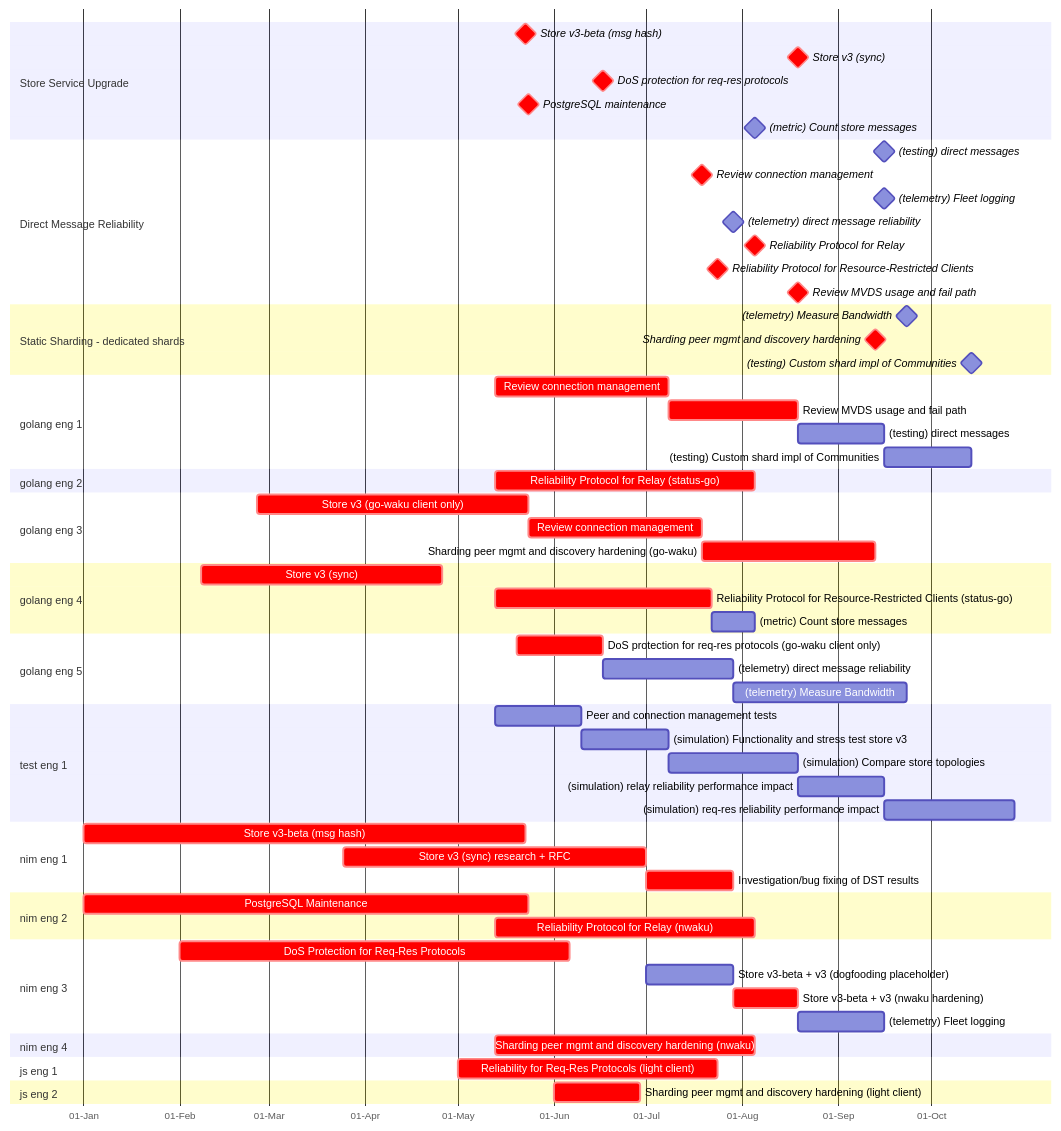
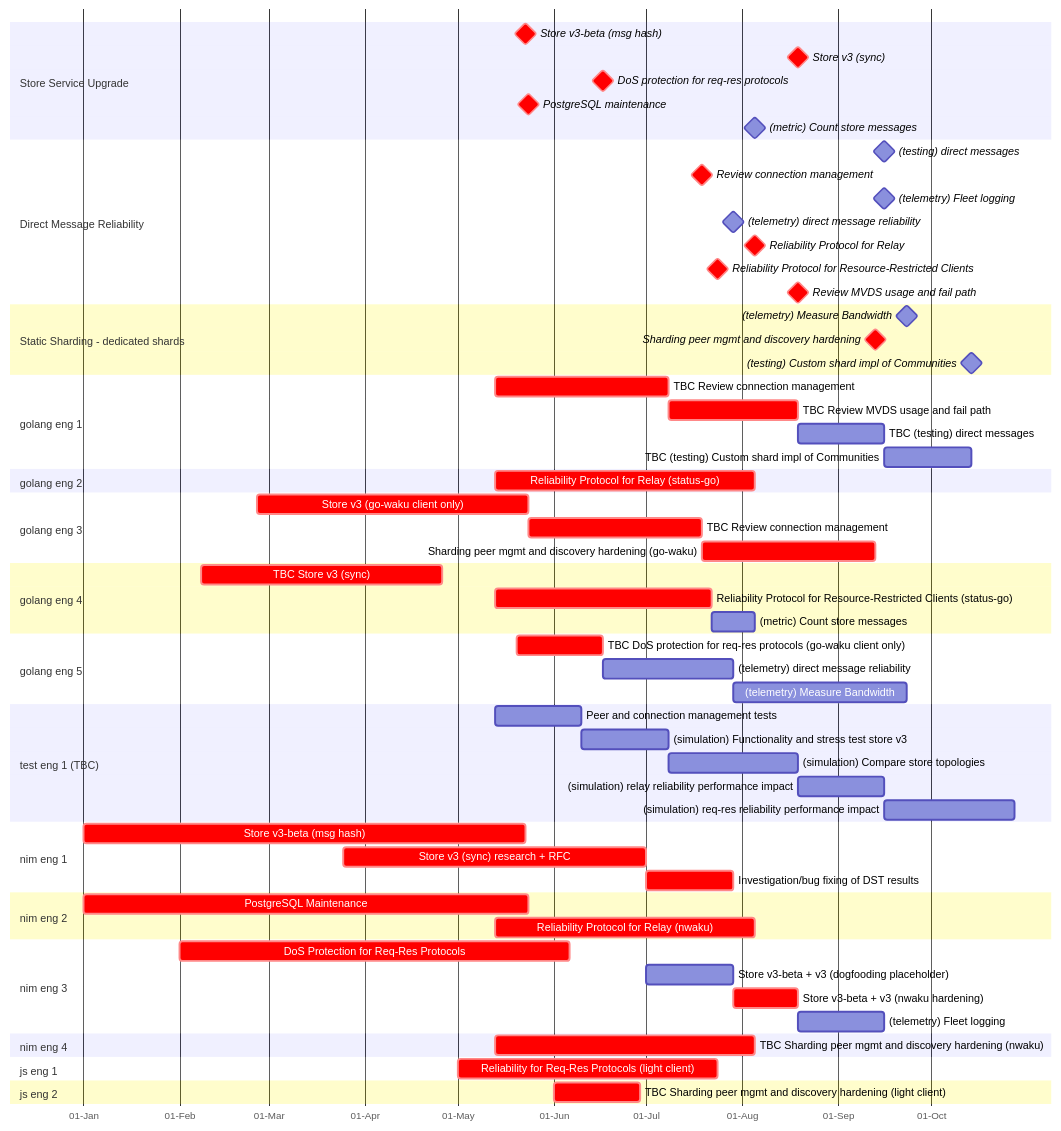
One commit to logos-co/roadmap changed the diagram in content/waku/2024-gantt.md. Above: the diagram before and after it, drawn with Mermaid. The commit also changed other lines of this file, not shown here.

````diff
--- a/content/waku/2024-gantt.md
+++ b/content/waku/2024-gantt.md
@@ -41,31 +43,31 @@
 %% Tasks
     section golang eng 1
         %% Estimation TBC - Prem says fine, waiting on 2nd opinion
-        Review connection management: crit, review-conn-mgmt-1, 2024-05-13, 8w
+        TBC Review connection management: crit, review-conn-mgmt-1, 2024-05-13, 8w
         %% Estimation TBC - Prem says fine, waiting on 2nd opinion
-        Review MVDS usage and fail path: crit, mvds, after review-conn-mgmt-1, 6w
+        TBC Review MVDS usage and fail path: crit, mvds, after review-conn-mgmt-1, 6w
         %% Estimate/start TBC
-        (testing) direct messages: test-direct-msg, after mvds, 4w
+        TBC (testing) direct messages: test-direct-msg, after mvds, 4w
         %% Estimate TBC
-        (testing) Custom shard impl of Communities: test-custom-shard, after test-direct-msg, 4w 
+        TBC (testing) Custom shard impl of Communities: test-custom-shard, after test-direct-msg, 4w 
     section golang eng 2
         Reliability Protocol for Relay (status-go): crit, rel-relay-g, 2024-05-13, 12w
     section golang eng 3
         Store v3 (go-waku client only): crit, storev3-g, 2024-02-26, 2024-05-24
         %% Estimate TBC - assuming parallel work possible
-        Review connection management: crit, review-conn-mgmt-2, after storev3-g, 8w
+        TBC Review connection management: crit, review-conn-mgmt-2, after storev3-g, 8w
         Sharding peer mgmt and discovery hardening (go-waku): crit, sh-peer-mgmt-g, after review-conn-mgmt-2, 8w
     section golang eng 4
         %% Review if actually needed
-        Store v3 (sync): crit, 2024-02-08, 2024-04-26
+        TBC Store v3 (sync): crit, 2024-02-08, 2024-04-26
         Reliability Protocol for Resource-Restricted Clients (status-go): crit, rel-reqres-g, 2024-05-13, 10w
         (metric) Count store messages: count-store-msg, after rel-reqres-g, 2w
     section golang eng 5
         %% Estimate TBD - Prem says fine, waiting on 2nd opinion
-        DoS protection for req-res protocols (go-waku client only): crit, dosreqresg, 2024-05-20, 4w
+        TBC DoS protection for req-res protocols (go-waku client only): crit, dosreqresg, 2024-05-20, 4w
         (telemetry) direct message reliability: telem-d-msg-rel, 2024-06-17, 6w
         (telemetry) Measure Bandwidth: telem-bandwidth, after telem-d-msg-rel, 8w
-    section test eng 1
+    section test eng 1 (TBC)
         %% TBC estimate
         Peer and connection management tests: sim-conn-mgmt, 2024-05-13, 4w
         %% TBC estimate
@@ -92,10 +94,10 @@
         (telemetry) Fleet logging: telem-fleet-logging, after storev3-n, 4w
     section nim eng 4
         %% TBC estimate/end
-        Sharding peer mgmt and discovery hardening (nwaku): crit, sh-peer-mgmt-n, 2024-05-13, 12w
+        TBC Sharding peer mgmt and discovery hardening (nwaku): crit, sh-peer-mgmt-n, 2024-05-13, 12w
     section js eng 1
         Reliability for Req-Res Protocols (light client): crit, rel-reqres-j, 2024-05-01, 12w
     section js eng 2
         %% TBC scope
-        Sharding peer mgmt and discovery hardening (light client): crit, sh-peer-mgmt-j, 2024-06-01, 4w
+        TBC Sharding peer mgmt and discovery hardening (light client): crit, sh-peer-mgmt-j, 2024-06-01, 4w
 ```
````
